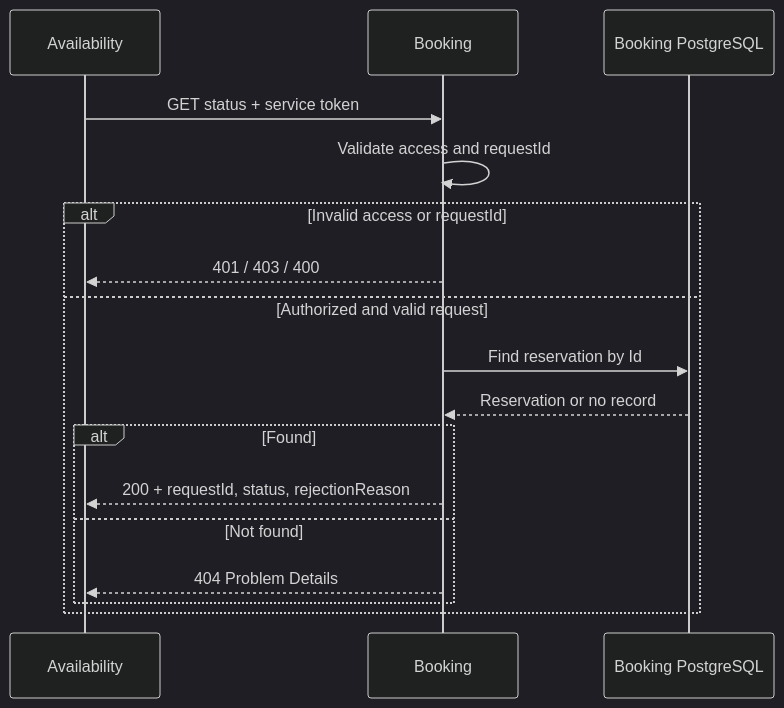
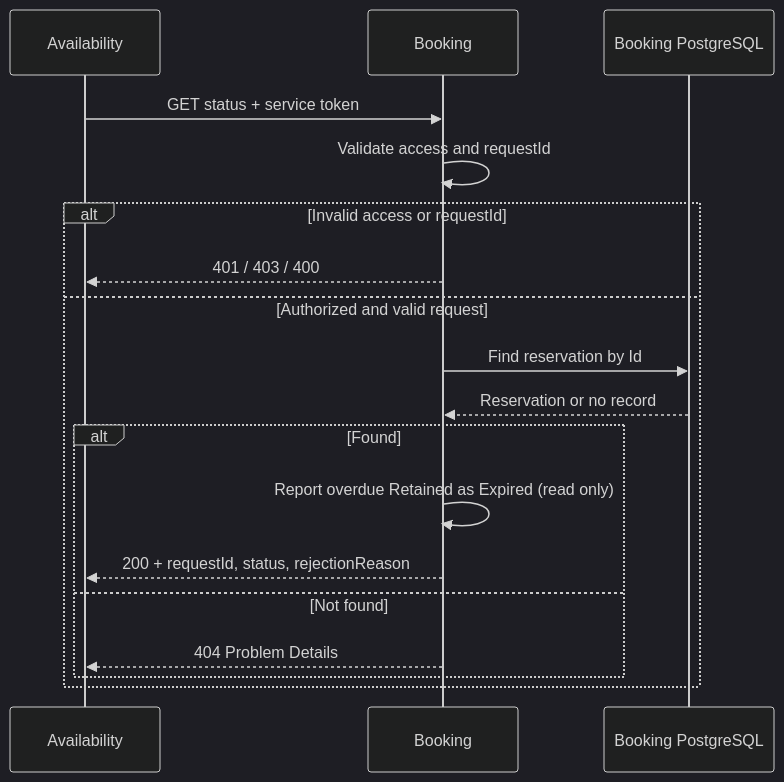
The diagram in docs/contracts/reservation-status.md (UTN-Progra-IV-grupo-4/tp-final-progra-iv), drawn with Mermaid (dark theme) before and after one commit. The commit also changed other lines of this file, not shown here.

````diff
--- a/docs/contracts/reservation-status.md
+++ b/docs/contracts/reservation-status.md
@@ -55,19 +55,20 @@
 ```mermaid
 sequenceDiagram
     participant A as Availability
     participant B as Booking
     participant DB as Booking PostgreSQL
     A->>B: GET status + service token
     B->>B: Validate access and requestId
     alt Invalid access or requestId
         B-->>A: 401 / 403 / 400
     else Authorized and valid request
         B->>DB: Find reservation by Id
         DB-->>B: Reservation or no record
         alt Found
+            B->>B: Report overdue Retained as Expired (read only)
             B-->>A: 200 + requestId, status, rejectionReason
         else Not found
             B-->>A: 404 Problem Details
         end
     end
 ```
````
